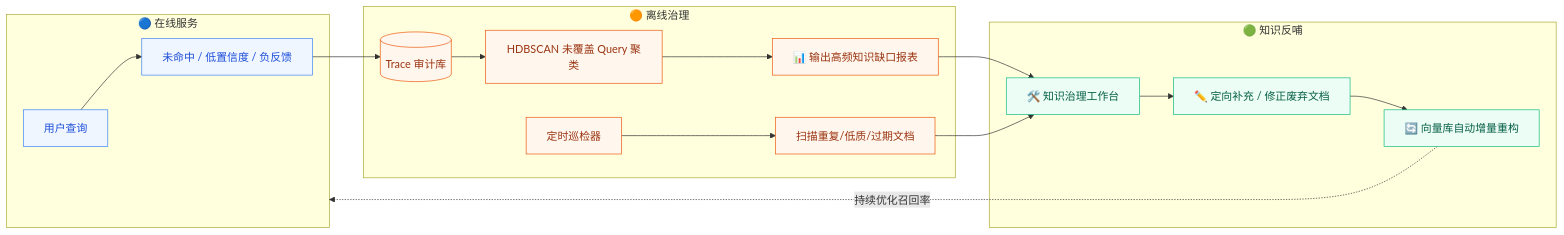
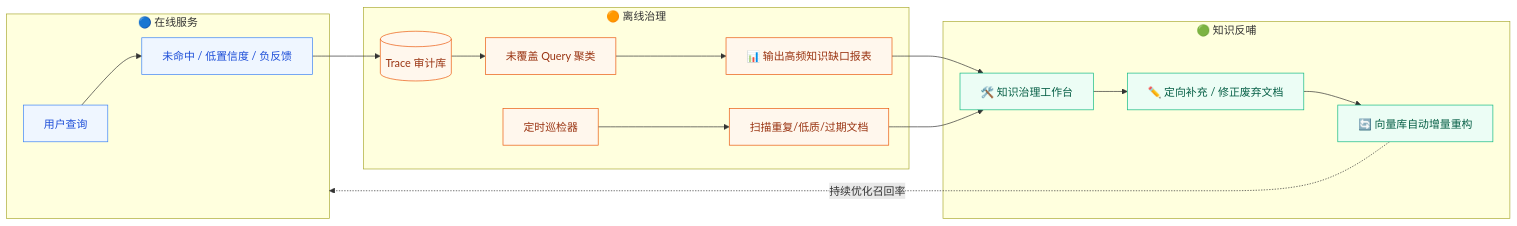
The fourth of 4 diagrams in README.md (7ing24/AgenticRAG), drawn with Mermaid before and after one commit. The commit also changed other lines of this file, not shown here.

````diff
--- a/README.md
+++ b/README.md
@@ -211,29 +225,29 @@
 ```mermaid
 flowchart LR
     classDef stream fill:#EFF6FF,stroke:#3B82F6,stroke-width:1px,color:#1D4ED8;
     classDef batch fill:#FFF7ED,stroke:#EA580C,stroke-width:1px,color:#9A3412;
     classDef fix fill:#ECFDF5,stroke:#10B981,stroke-width:1px,color:#065F46;
 
     subgraph Online ["🔵 在线服务"]
         Q["用户查询"] --> Miss["未命中 / 低置信度 / 负反馈"]
     end
     class Q,Miss stream
 
     subgraph Offline ["🟠 离线治理"]
         Miss --> Log[("Trace 审计库")]
-        Log --> Cluster["HDBSCAN 未覆盖 Query 聚类"]
+        Log --> Cluster["未覆盖 Query 聚类"]
         Cluster --> Gap["📊 输出高频知识缺口报表"]
         
         Inspect["定时巡检器"] --> Scan["扫描重复/低质/过期文档"]
     end
     class Log,Cluster,Gap,Inspect,Scan batch
 
     subgraph Action ["🟢 知识反哺"]
         Gap & Scan --> Workbench["🛠️ 知识治理工作台"]
         Workbench --> Update["✏️ 定向补充 / 修正废弃文档"]
         Update --> Sync["🔄 向量库自动增量重构"]
     end
     class Workbench,Update,Sync fix
 
     Sync -.->|持续优化召回率| Online
 ```
````
